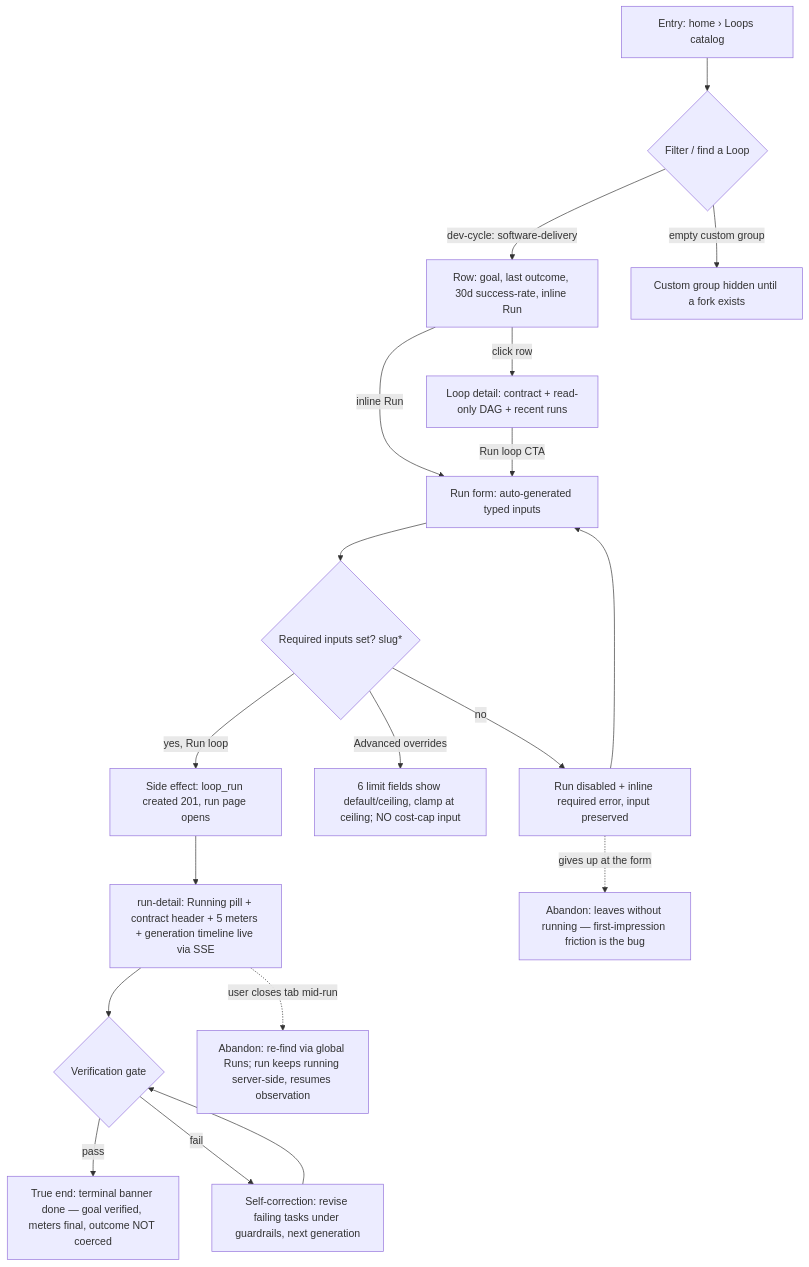
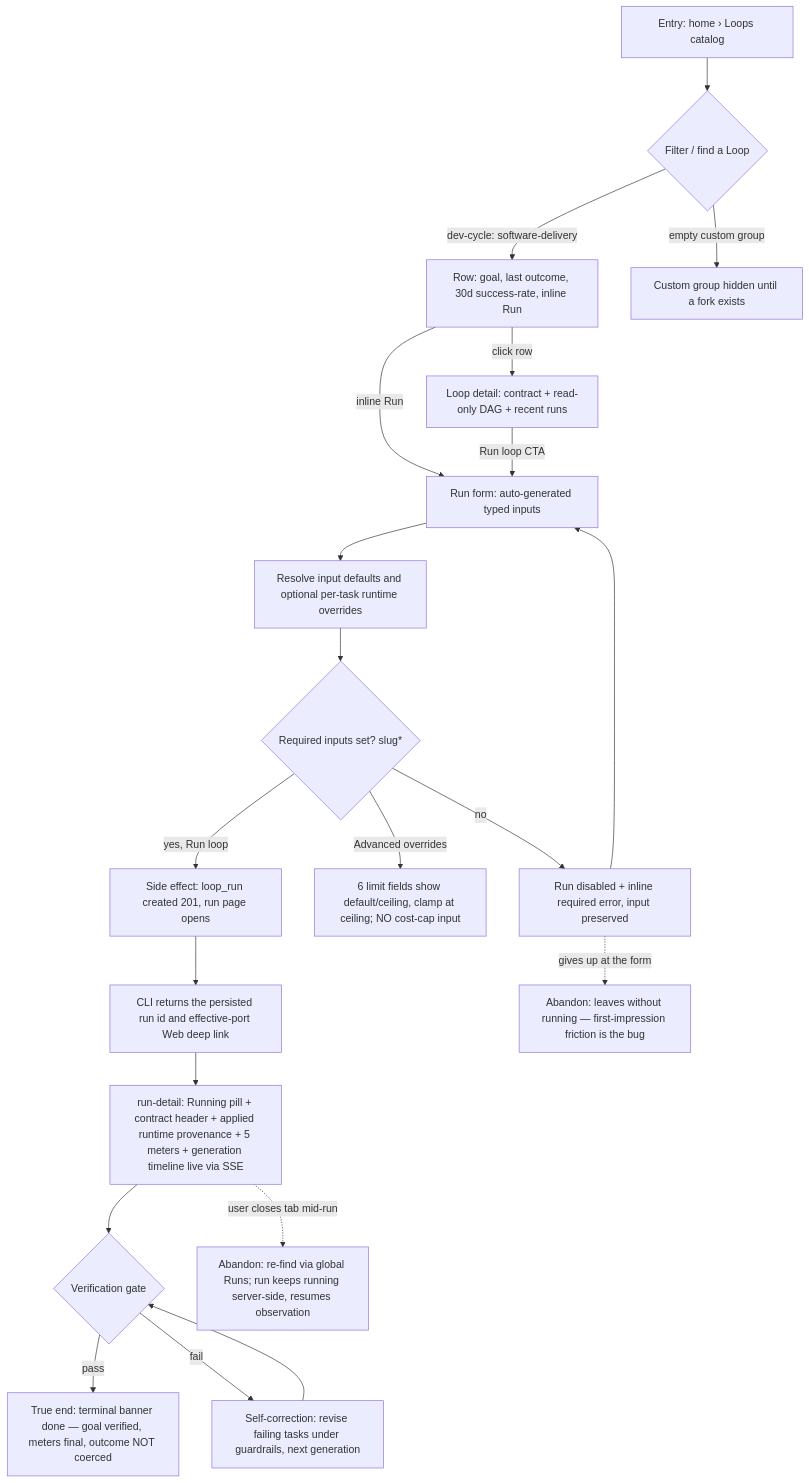
The diagram in docs/qa/journeys/J-01-arrive-and-use-run.md (compozy/compozy), drawn with Mermaid before and after one commit. The commit also changed other lines of this file and 33 other files, not shown here.

````diff
--- a/docs/qa/journeys/J-01-arrive-and-use-run.md
+++ b/docs/qa/journeys/J-01-arrive-and-use-run.md
@@ -5,21 +9,23 @@
 ```mermaid
 flowchart TD
     A[Entry: home › Loops catalog] --> B{Filter / find a Loop}
     B -->|dev-cycle: software-delivery| C[Row: goal, last outcome, 30d success-rate, inline Run]
     B -->|empty custom group| B2[Custom group hidden until a fork exists]
     C -->|click row| D[Loop detail: contract + read-only DAG + recent runs]
     C -->|inline Run| E[Run form: auto-generated typed inputs]
     D -->|Run loop CTA| E
-    E --> F{Required inputs set? slug*}
+    E --> R[Resolve input defaults and optional per-task runtime overrides]
+    R --> F{Required inputs set? slug*}
     F -->|no| F2[Run disabled + inline required error, input preserved]
     F2 --> E
     F -->|Advanced overrides| G[6 limit fields show default/ceiling, clamp at ceiling; NO cost-cap input]
     F -->|yes, Run loop| H[Side effect: loop_run created 201, run page opens]
-    H --> I[run-detail: Running pill + contract header + 5 meters + generation timeline live via SSE]
+    H --> H2[CLI returns the persisted run id and effective-port Web deep link]
+    H2 --> I[run-detail: Running pill + contract header + applied runtime provenance + 5 meters + generation timeline live via SSE]
     I --> J{Verification gate}
     J -->|pass| K[True end: terminal banner done — goal verified, meters final, outcome NOT coerced]
     J -->|fail| L[Self-correction: revise failing tasks under guardrails, next generation]
     L --> J
     I -.->|user closes tab mid-run| X1[Abandon: re-find via global Runs; run keeps running server-side, resumes observation]
     F2 -.->|gives up at the form| X2[Abandon: leaves without running — first-impression friction is the bug]
 ```
````
